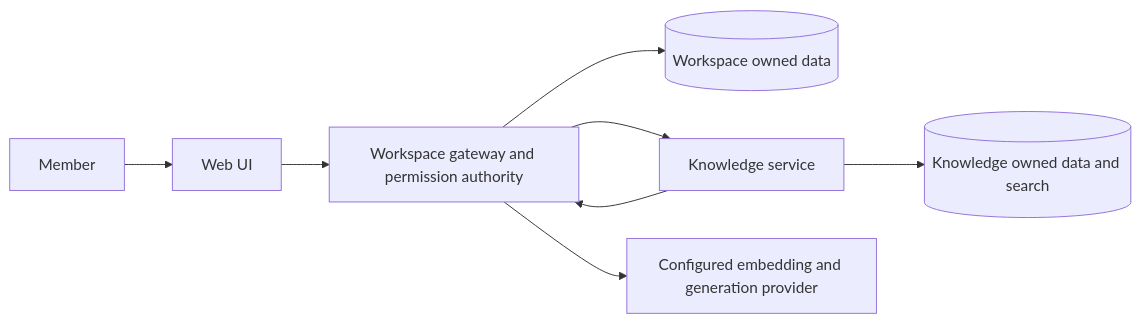
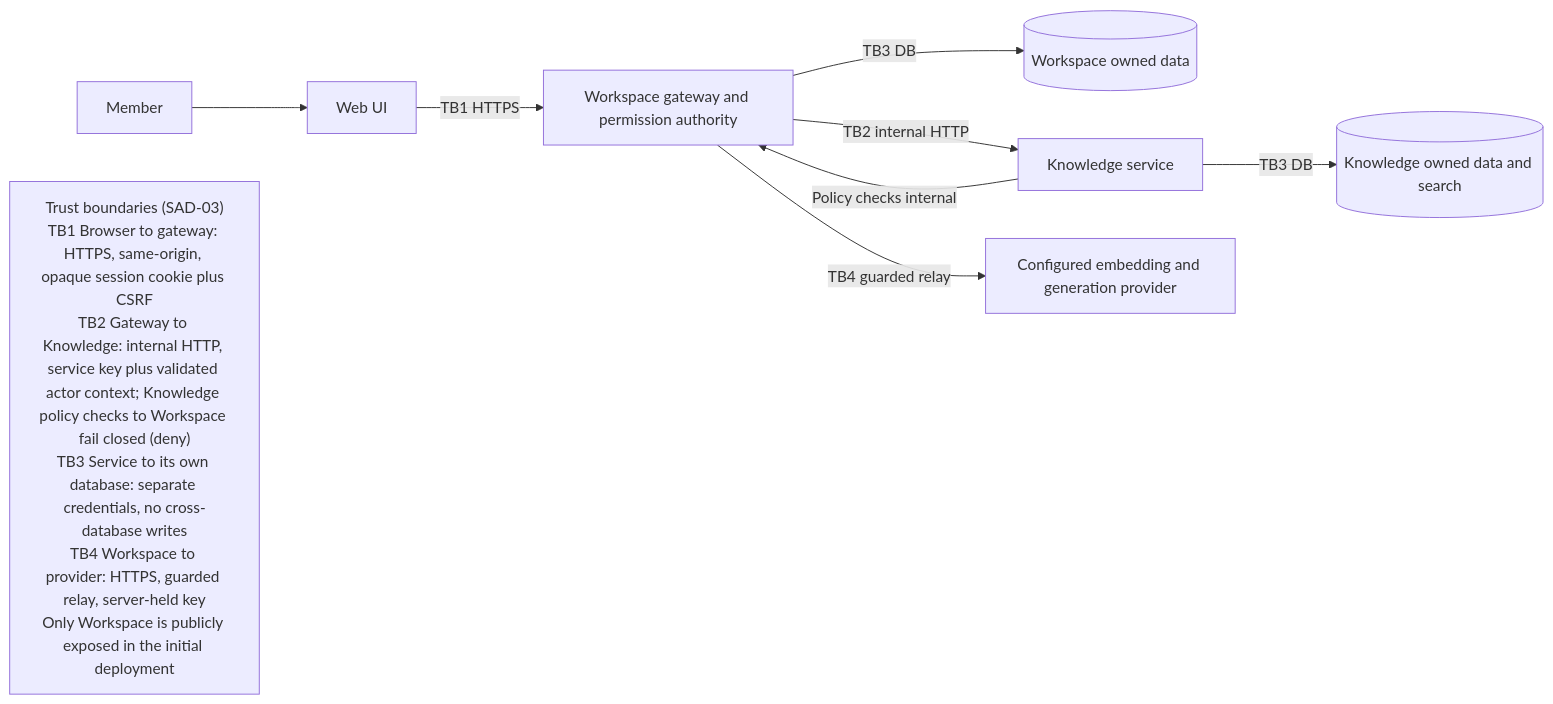
Before and after one commit to 900M100CK/scrum-workspace-KMS-ai: the diagram in docs/sdlc/diagrams/architecture/service-composition.mmd, drawn with Mermaid. The commit also changed 6 other files, not shown here.

First line of the commit message:
docs(diagrams): reconcile versions and extend sitemap boundaries

```diff
--- a/docs/sdlc/diagrams/architecture/service-composition.mmd
+++ b/docs/sdlc/diagrams/architecture/service-composition.mmd
@@ -1,8 +1,11 @@
+%% DGM-ARCH-01 v0.2 Draft - 12 October 2026
+%% Sources: SAD-03 v0.5 (sections 3.3 and 5); Proposed ADR-0004 / ADR-0006. TB1-TB4 are the SAD trust boundaries; Legend is an annotation, not a runtime element.
 flowchart LR
     User[Member] --> UI[Web UI]
-    UI --> W[Workspace gateway and permission authority]
-    W --> WD[(Workspace owned data)]
-    W --> K[Knowledge service]
-    K --> KD[(Knowledge owned data and search)]
-    K --> W
-    W --> Provider[Configured embedding and generation provider]
+    UI -->|TB1 HTTPS| W[Workspace gateway and permission authority]
+    W -->|TB3 DB| WD[(Workspace owned data)]
+    W -->|TB2 internal HTTP| K[Knowledge service]
+    K -->|TB3 DB| KD[(Knowledge owned data and search)]
+    K -->|Policy checks internal| W
+    W -->|TB4 guarded relay| Provider[Configured embedding and generation provider]
+    Legend["Trust boundaries (SAD-03)<br/>TB1 Browser to gateway: HTTPS, same-origin, opaque session cookie plus CSRF<br/>TB2 Gateway to Knowledge: internal HTTP, service key plus validated actor context; Knowledge policy checks to Workspace fail closed (deny)<br/>TB3 Service to its own database: separate credentials, no cross-database writes<br/>TB4 Workspace to provider: HTTPS, guarded relay, server-held key<br/>Only Workspace is publicly exposed in the initial deployment"]
```
